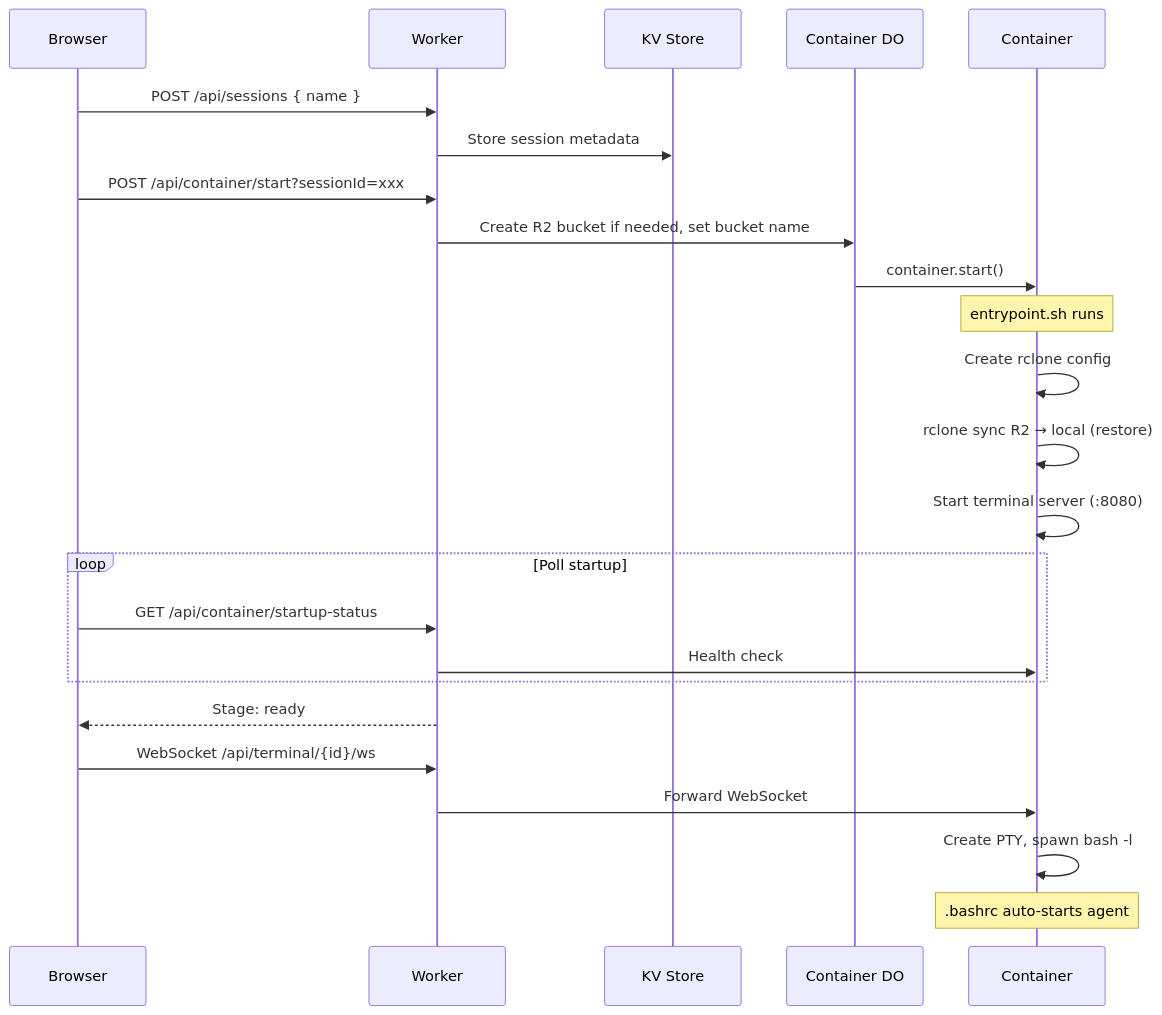
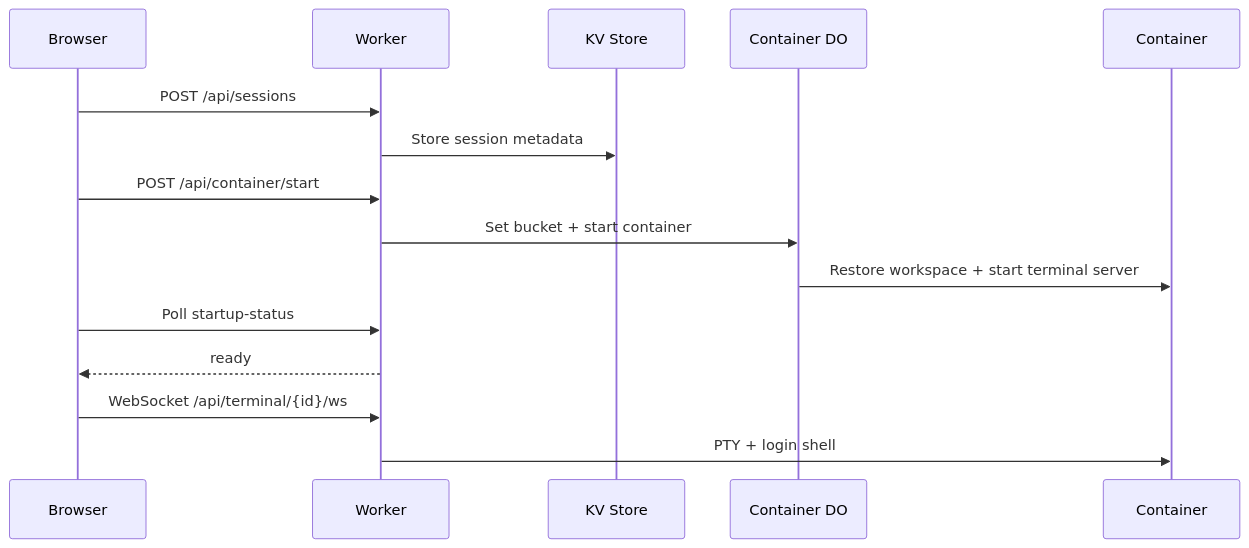
The third of 10 diagrams in documentation/lanes/architecture.md (nikolanovoselec/codeflare), drawn with Mermaid before and after one commit. The commit also changed other lines of this file and 139 other files, not shown here.

First line of the commit message:
chore: clean SDD specs and refresh graphify artifacts (#614)

````diff
--- a/documentation/lanes/architecture.md
+++ b/documentation/lanes/architecture.md
@@ -223,27 +279,17 @@
 ```mermaid
 sequenceDiagram
     participant U as Browser
     participant W as Worker
     participant KV as KV Store
     participant DO as Container DO
     participant C as Container
-
-    U->>W: POST /api/sessions { name }
+    U->>W: POST /api/sessions
     W->>KV: Store session metadata
-    U->>W: POST /api/container/start?sessionId=xxx
-    W->>DO: Create R2 bucket if needed, set bucket name
-    DO->>C: container.start()
-    Note over C: entrypoint.sh runs
-    C->>C: Create rclone config
-    C->>C: rclone sync R2 → local (restore)
-    C->>C: Start terminal server (:8080)
-    loop Poll startup
-        U->>W: GET /api/container/startup-status
-        W->>C: Health check
-    end
-    W-->>U: Stage: ready
+    U->>W: POST /api/container/start
+    W->>DO: Set bucket + start container
+    DO->>C: Restore workspace + start terminal server
+    U->>W: Poll startup-status
+    W-->>U: ready
     U->>W: WebSocket /api/terminal/{id}/ws
-    W->>C: Forward WebSocket
-    C->>C: Create PTY, spawn bash -l
-    Note over C: .bashrc auto-starts agent
+    W->>C: PTY + login shell
 ```
````
